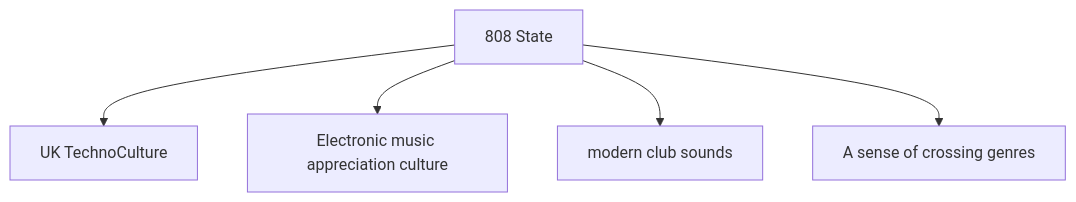
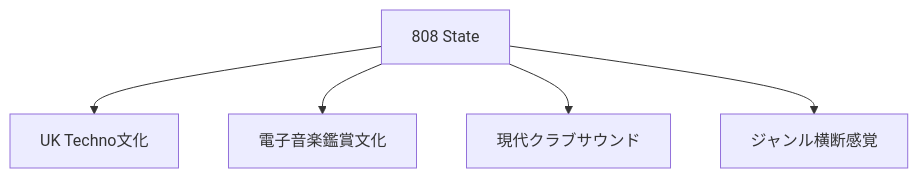
Diagram 17 of 17 in en/_posts/2026-05-24-column-808-state.md (monumental-movement/monumental-movement.github.io), drawn with Mermaid before and after one commit. The commit also changed other lines of this file and 2196 other files, not shown here.

```diff
--- a/en/_posts/2026-05-24-column-808-state.md
+++ b/en/_posts/2026-05-24-column-808-state.md
@@ -614,7 +613,7 @@
 <div class="mermaid">
 flowchart TD
-A[808 State] --> B[UK TechnoCulture]
-A --> C[Electronic music appreciation culture]
-A --> D[modern club sounds]
-A --> E[A sense of crossing genres]
+A[808 State] --> B[UK Techno文化]
+A --> C[電子音楽鑑賞文化]
+A --> D[現代クラブサウンド]
+A --> E[ジャンル横断感覚]
 </div>
```
